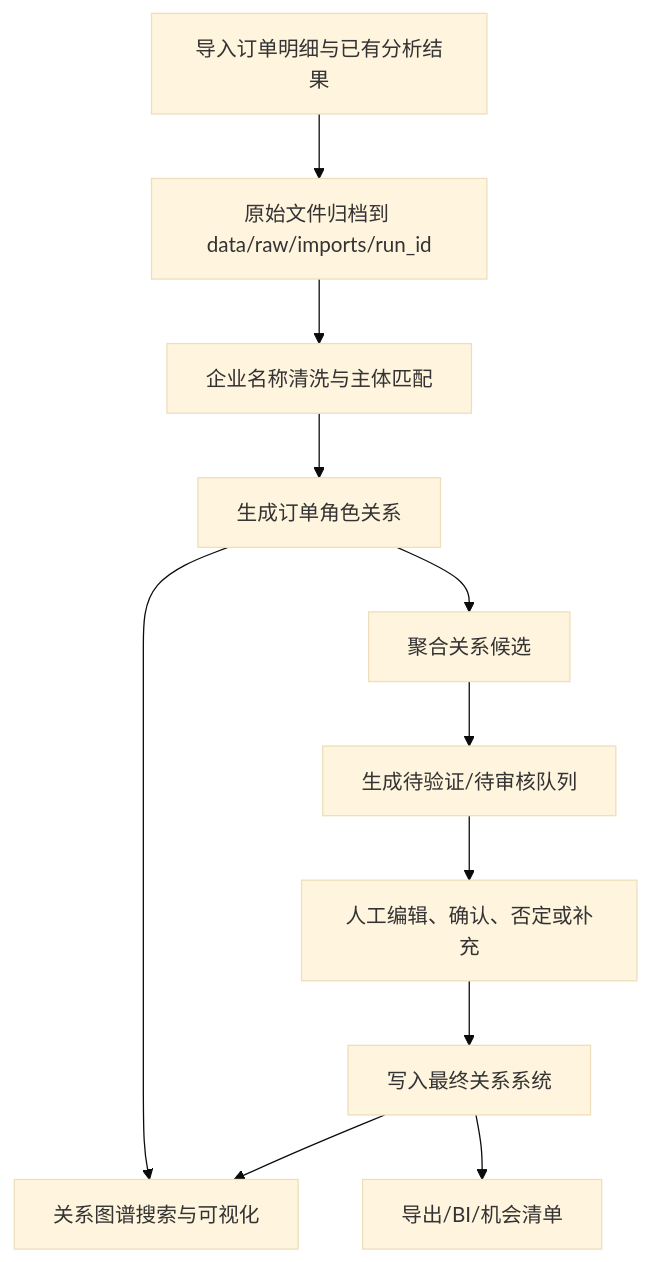
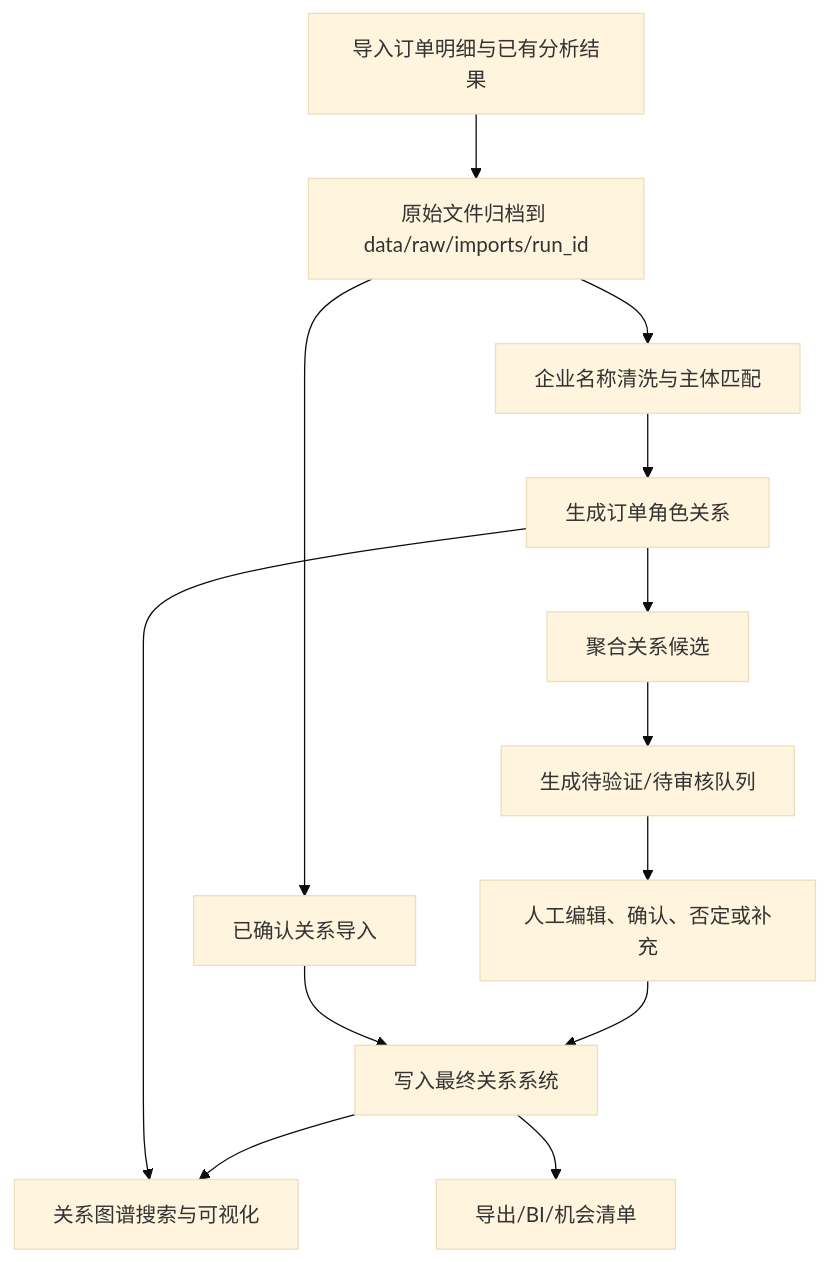
Before and after one commit to Fonna/trade-entity-graph: the diagram in README.md, drawn with Mermaid (base theme). The commit also changed other lines of this file and 13 other files, not shown here.

````diff
--- a/README.md
+++ b/README.md
@@ -123,24 +125,27 @@
 ```mermaid
 flowchart TD
   A[导入订单明细与已有分析结果]
   A0[原始文件归档到 data/raw/imports/run_id]
+  A1[已确认关系导入]
   B[企业名称清洗与主体匹配]
   C[生成订单角色关系]
   D[聚合关系候选]
   E[生成待验证/待审核队列]
   F[人工编辑、确认、否定或补充]
   G[写入最终关系系统]
   H[关系图谱搜索与可视化]
   I[导出/BI/机会清单]
 
   A --> A0
   A0 --> B
+  A0 --> A1
   B --> C
   C --> D
   D --> E
   E --> F
   F --> G
+  A1 --> G
   G --> H
   G --> I
   C --> H
 ```
````
